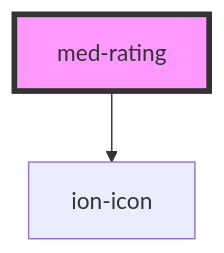
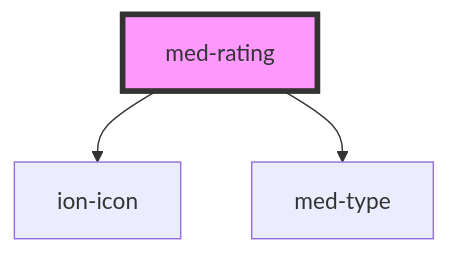
Before and after one commit to MEDGRUPOGIT/ionic-framework-1: the diagram in core/src/components/@medgrupo/global/med-rating/readme.md, drawn with Mermaid. The commit also changed other lines of this file and 291 other files, not shown here.

````diff
--- a/core/src/components/@medgrupo/global/med-rating/readme.md
+++ b/core/src/components/@medgrupo/global/med-rating/readme.md
@@ -39,5 +29,6 @@
 ```mermaid
 graph TD;
   med-rating --> ion-icon
+  med-rating --> med-type
   style med-rating fill:#f9f,stroke:#333,stroke-width:4px
 ```
````
